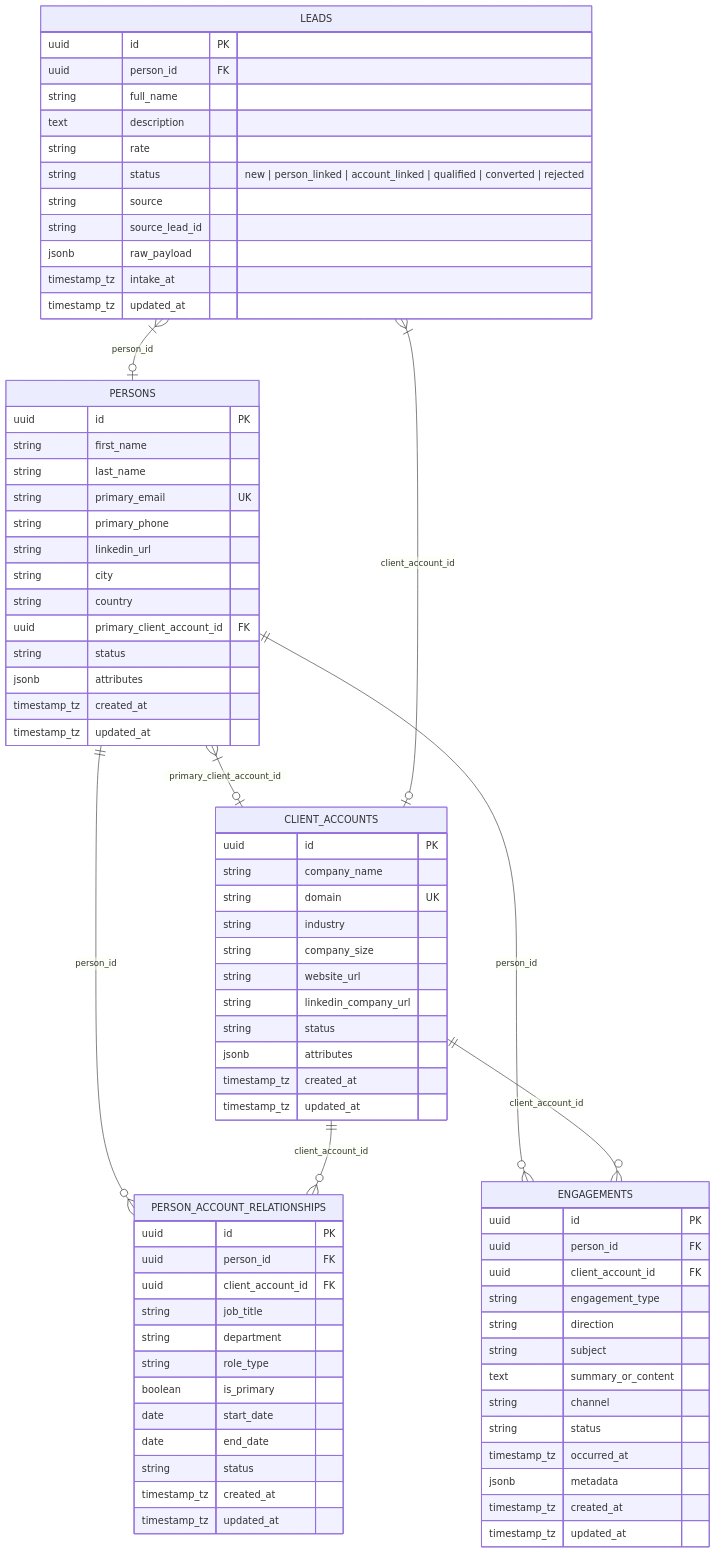
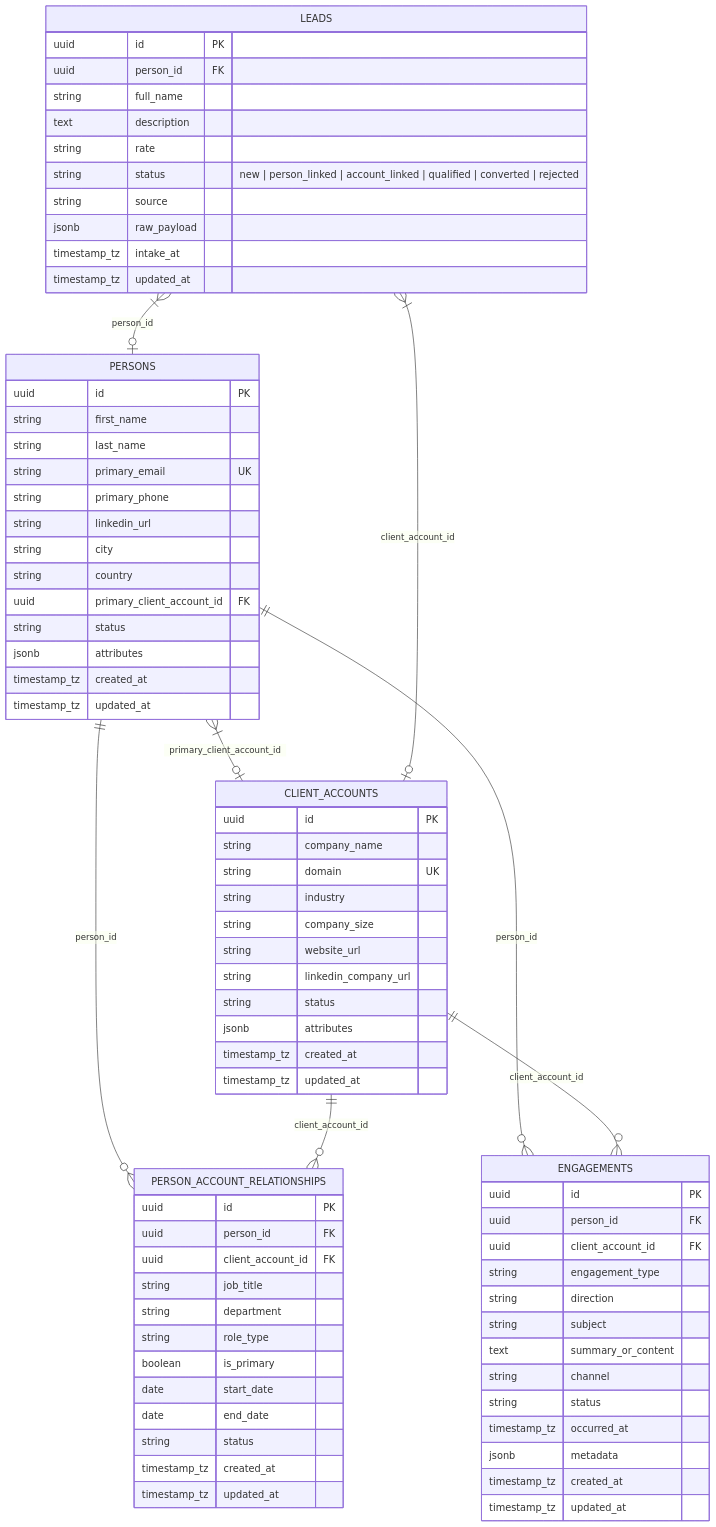
Before and after one commit to Data-Biz-AI-Consultancy/Jager: the diagram in src/db/README.md, drawn with Mermaid. The commit also changed 2 other files, not shown here.

Commit message:
refactor: remove source_lead_id column from leads table and associated data pipelines

```diff
--- a/src/db/README.md
+++ b/src/db/README.md
@@ -46,7 +46,6 @@
         string rate
         string status "new | person_linked | account_linked | qualified | converted | rejected"
         string source
-        string source_lead_id
         jsonb raw_payload
         timestamp_tz intake_at
         timestamp_tz updated_at
```
